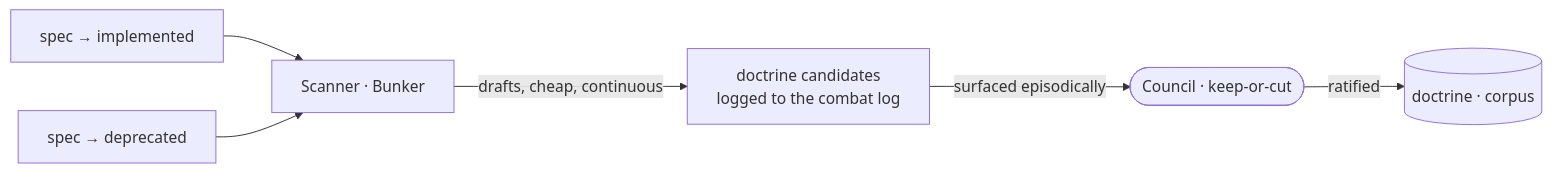
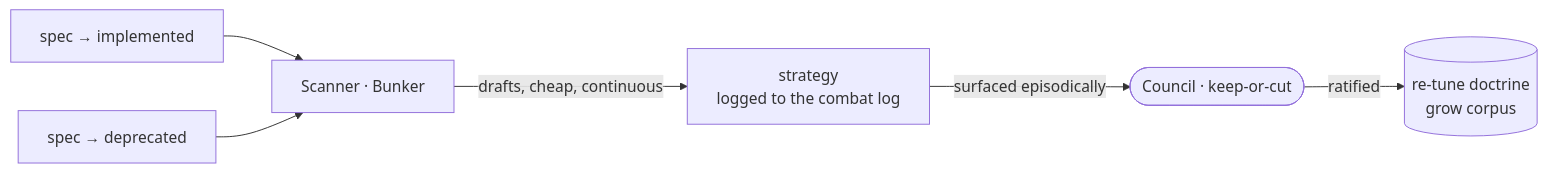
Before and after one commit to cyberuni/cyberplace: the diagram in artifacts/specs/sdd-doctrine-loop/spec.md, drawn with Mermaid. The commit also changed other lines of this file and 1 other file, not shown here.

First line of the commit message:
refactor(specs): adopt strategy -> doctrine -> corpus in sdd-doctrine-loop

````diff
--- a/artifacts/specs/sdd-doctrine-loop/spec.md
+++ b/artifacts/specs/sdd-doctrine-loop/spec.md
@@ -20,8 +20,8 @@
 ```mermaid
 flowchart LR
   impl[spec → implemented] --> scan[Scanner · Bunker]
   dep[spec → deprecated] --> scan
-  scan -->|drafts, cheap, continuous| cand[doctrine candidates<br/>logged to the combat log]
-  cand -->|surfaced episodically| council([Council · keep-or-cut])
-  council -->|ratified| doc[(doctrine · corpus)]
+  scan -->|drafts, cheap, continuous| strat[strategy<br/>logged to the combat log]
+  strat -->|surfaced episodically| council([Council · keep-or-cut])
+  council -->|ratified| doc[(re-tune doctrine<br/>grow corpus)]
 ```
````
